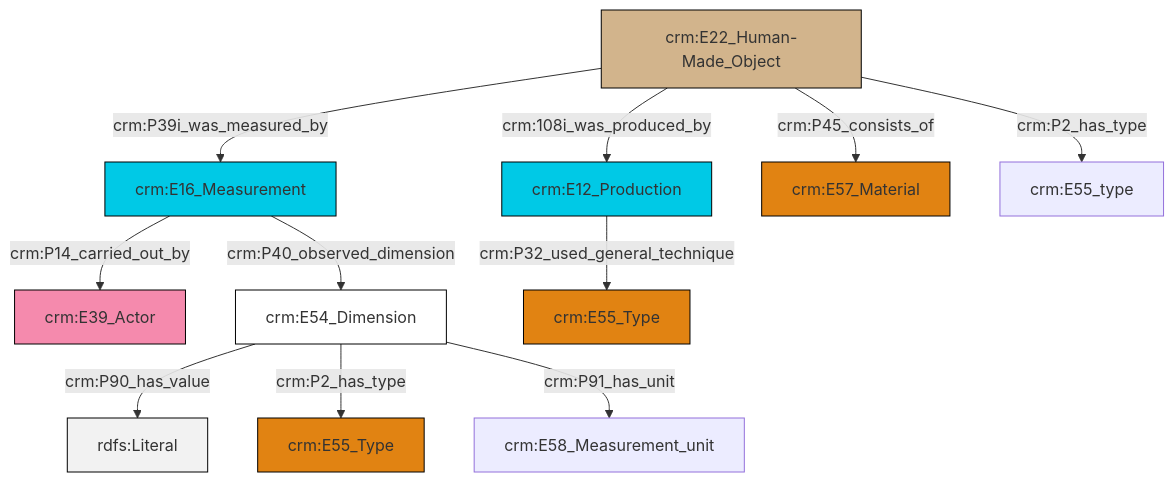
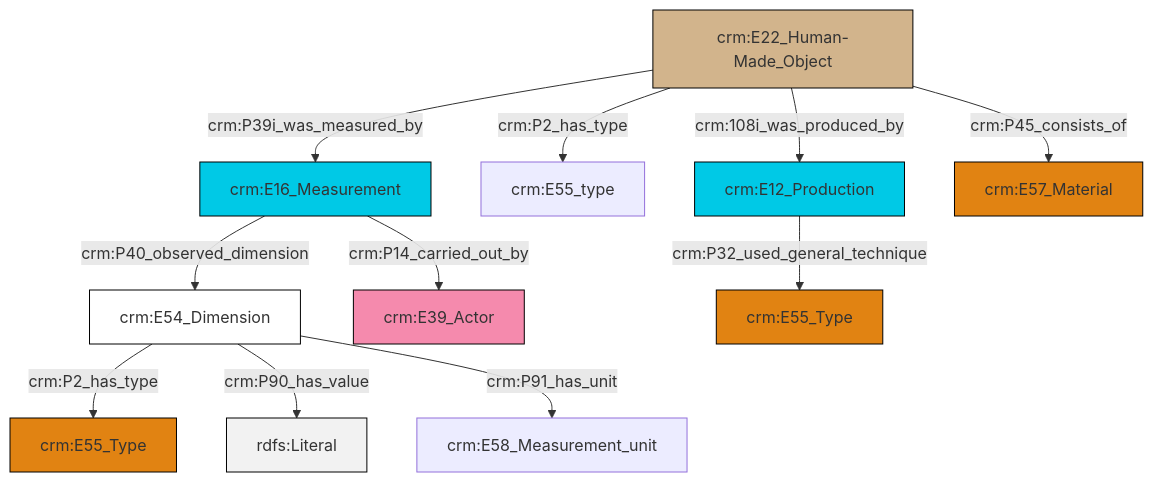
Before and after one commit to swiss-art-research-net/docs.swissartresearch: the diagram in et/artworkCSV/ttl/mmd/Artwork_substance.ttl.mmd, drawn with Mermaid. The commit also changed 177 other files, not shown here.

```diff
--- a/et/artworkCSV/ttl/mmd/Artwork_substance.ttl.mmd
+++ b/et/artworkCSV/ttl/mmd/Artwork_substance.ttl.mmd
@@ -1,25 +1,25 @@
 graph TD
 classDef Literal fill:#f2f2f2,stroke:#000000;
 classDef CRM_Entity fill:#FFFFFF,stroke:#000000;
 classDef Temporal_Entity fill:#00C9E6, stroke:#000000;
 classDef Type fill:#E18312, stroke:#000000;
 classDef Time-Span fill:#2C9C91, stroke:#000000;
 classDef Appellation fill:#FFEB7F, stroke:#000000;
 classDef Place fill:#008836, stroke:#000000;
 classDef Persistent_Item fill:#B266B2, stroke:#000000;
 classDef Conceptual_Object fill:#FFD700, stroke:#000000;
 classDef Physical_Thing fill:#D2B48C, stroke:#000000;
 classDef Actor fill:#f58aad, stroke:#000000;
 classDef PC_Classes fill:#4ce600, stroke:#000000;
 classDef Multi fill:#cccccc,stroke:#000000;
 
-2["crm:E16_Measurement"]:::Temporal_Entity -->|crm:P14_carried_out_by| 3["crm:E39_Actor"]:::Actor
-7["crm:E22_Human-Made_Object"]:::Physical_Thing -->|crm:P39i_was_measured_by| 2["crm:E16_Measurement"]:::Temporal_Entity
-2["crm:E16_Measurement"]:::Temporal_Entity -->|crm:P40_observed_dimension| 8["crm:E54_Dimension"]:::CRM_Entity
-8["crm:E54_Dimension"]:::CRM_Entity -->|crm:P90_has_value| 10[rdfs:Literal]:::Literal
-8["crm:E54_Dimension"]:::CRM_Entity -->|crm:P2_has_type| 11["crm:E55_Type"]:::Type
-7["crm:E22_Human-Made_Object"]:::Physical_Thing -->|crm:108i_was_produced_by| 15["crm:E12_Production"]:::Temporal_Entity
-7["crm:E22_Human-Made_Object"]:::Physical_Thing -->|crm:P45_consists_of| 0["crm:E57_Material"]:::Type
-7["crm:E22_Human-Made_Object"]:::Physical_Thing -->|crm:P2_has_type| 17["crm:E55_type"]:::Default
-15["crm:E12_Production"]:::Temporal_Entity -->|crm:P32_used_general_technique| 5["crm:E55_Type"]:::Type
-8["crm:E54_Dimension"]:::CRM_Entity -->|crm:P91_has_unit| 13["crm:E58_Measurement_unit"]:::Default
+2["crm:E16_Measurement"]:::Temporal_Entity -->|crm:P40_observed_dimension| 3["crm:E54_Dimension"]:::CRM_Entity
+3["crm:E54_Dimension"]:::CRM_Entity -->|crm:P2_has_type| 4["crm:E55_Type"]:::Type
+3["crm:E54_Dimension"]:::CRM_Entity -->|crm:P90_has_value| 11[rdfs:Literal]:::Literal
+15["crm:E22_Human-Made_Object"]:::Physical_Thing -->|crm:P39i_was_measured_by| 2["crm:E16_Measurement"]:::Temporal_Entity
+15["crm:E22_Human-Made_Object"]:::Physical_Thing -->|crm:P2_has_type| 5["crm:E55_type"]:::Default
+3["crm:E54_Dimension"]:::CRM_Entity -->|crm:P91_has_unit| 13["crm:E58_Measurement_unit"]:::Default
+15["crm:E22_Human-Made_Object"]:::Physical_Thing -->|crm:108i_was_produced_by| 0["crm:E12_Production"]:::Temporal_Entity
+15["crm:E22_Human-Made_Object"]:::Physical_Thing -->|crm:P45_consists_of| 8["crm:E57_Material"]:::Type
+2["crm:E16_Measurement"]:::Temporal_Entity -->|crm:P14_carried_out_by| 19["crm:E39_Actor"]:::Actor
+0["crm:E12_Production"]:::Temporal_Entity -->|crm:P32_used_general_technique| 17["crm:E55_Type"]:::Type
```
